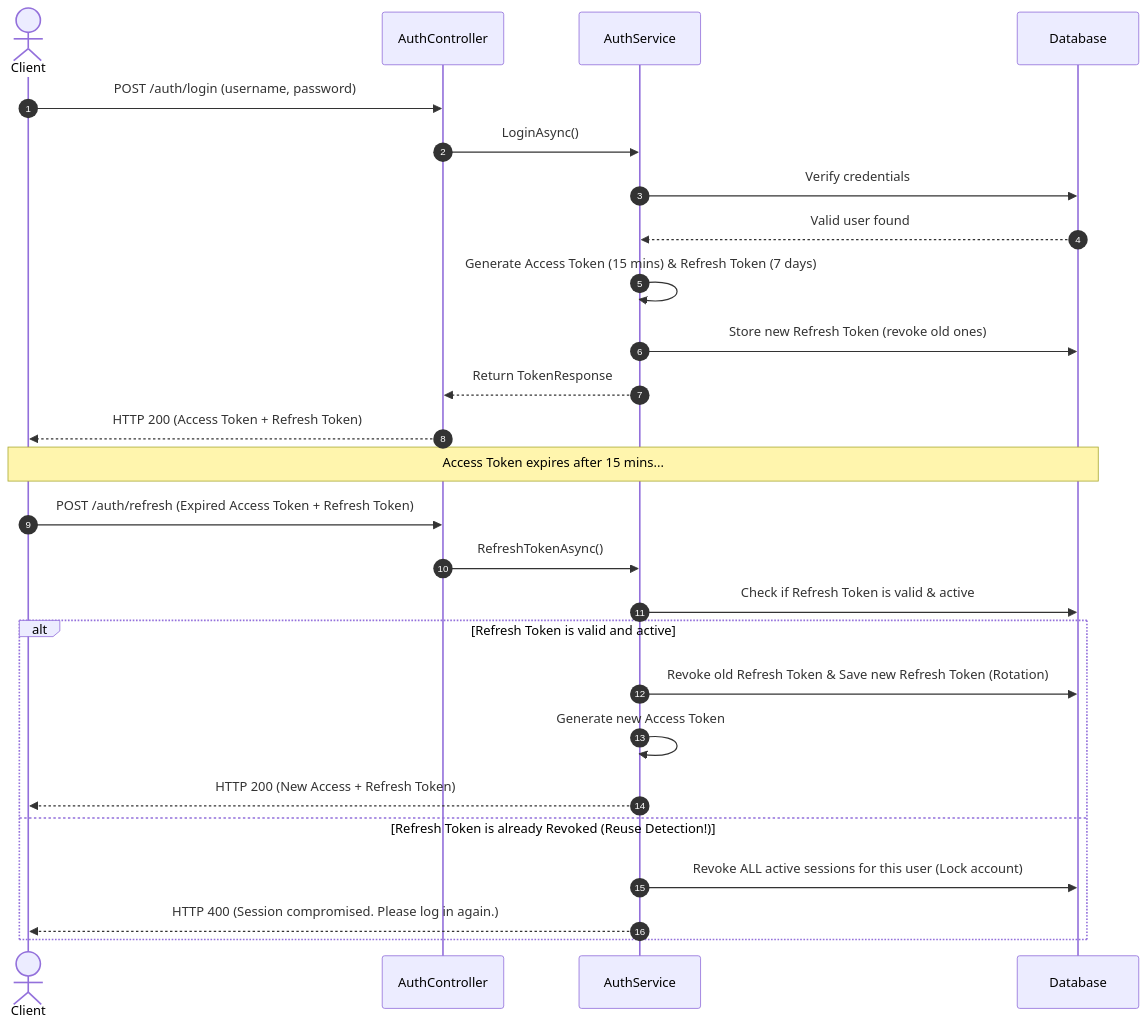
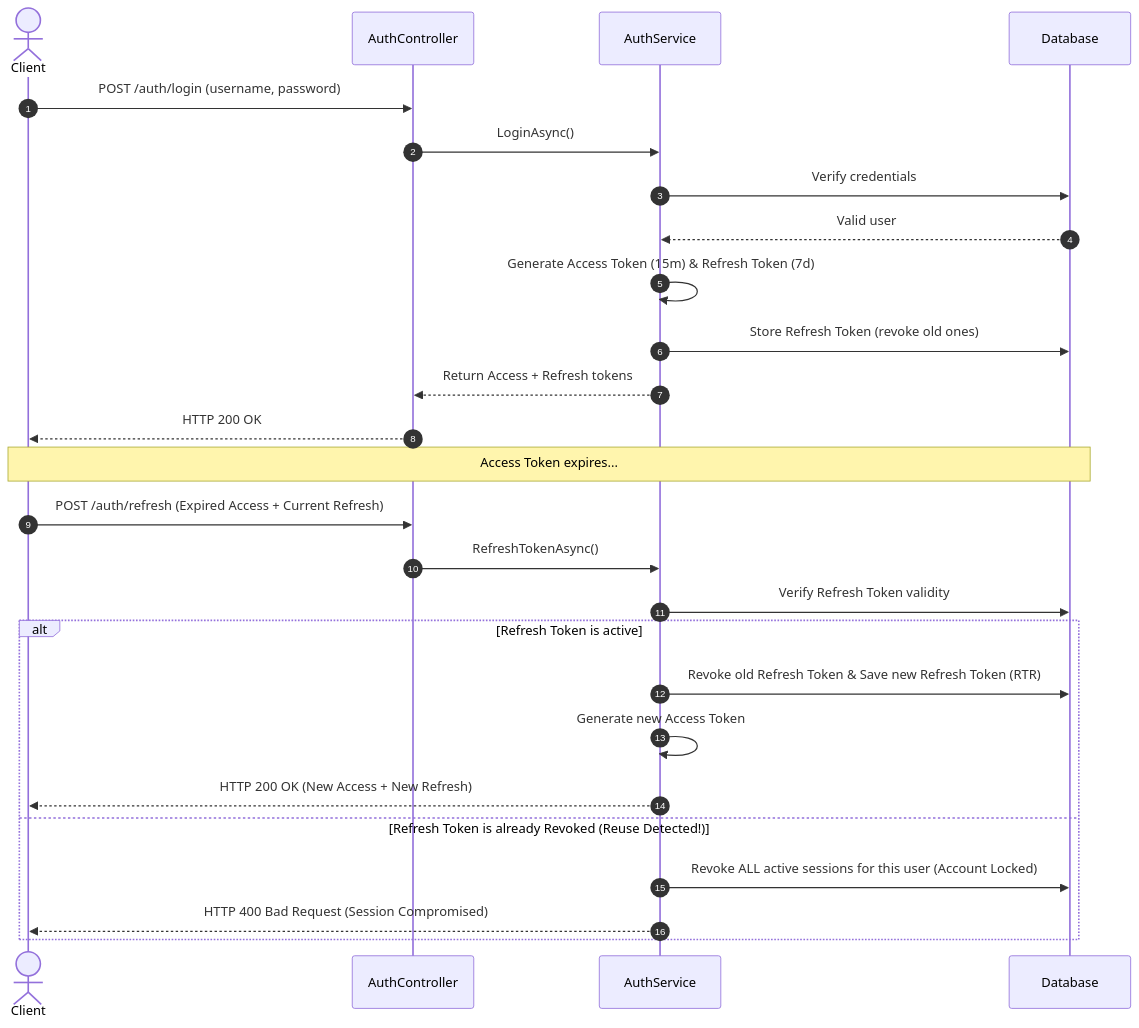
Before and after one commit to sushilkumar9096/ProductManagement: the second of 2 diagrams in README.md, drawn with Mermaid. The commit also changed other lines of this file and 2 other files, not shown here.

````diff
--- a/README.md
+++ b/README.md
@@ -70,32 +236,32 @@
 ```mermaid
 sequenceDiagram
     autonumber
     actor Client
     participant AuthController
     participant AuthService
     participant Database
 
     Client->>AuthController: POST /auth/login (username, password)
     AuthController->>AuthService: LoginAsync()
     AuthService->>Database: Verify credentials
-    Database-->>AuthService: Valid user found
-    AuthService->>AuthService: Generate Access Token (15 mins) & Refresh Token (7 days)
-    AuthService->>Database: Store new Refresh Token (revoke old ones)
-    AuthService-->>AuthController: Return TokenResponse
-    AuthController-->>Client: HTTP 200 (Access Token + Refresh Token)
+    Database-->>AuthService: Valid user
+    AuthService->>AuthService: Generate Access Token (15m) & Refresh Token (7d)
+    AuthService->>Database: Store Refresh Token (revoke old ones)
+    AuthService-->>AuthController: Return Access + Refresh tokens
+    AuthController-->>Client: HTTP 200 OK
 
-    Note over Client, Database: Access Token expires after 15 mins...
+    Note over Client, Database: Access Token expires...
 
-    Client->>AuthController: POST /auth/refresh (Expired Access Token + Refresh Token)
+    Client->>AuthController: POST /auth/refresh (Expired Access + Current Refresh)
     AuthController->>AuthService: RefreshTokenAsync()
-    AuthService->>Database: Check if Refresh Token is valid & active
+    AuthService->>Database: Verify Refresh Token validity
     
-    alt Refresh Token is valid and active
-        AuthService->>Database: Revoke old Refresh Token & Save new Refresh Token (Rotation)
+    alt Refresh Token is active
+        AuthService->>Database: Revoke old Refresh Token & Save new Refresh Token (RTR)
         AuthService->>AuthService: Generate new Access Token
-        AuthService-->>Client: HTTP 200 (New Access + Refresh Token)
-    else Refresh Token is already Revoked (Reuse Detection!)
-        AuthService->>Database: Revoke ALL active sessions for this user (Lock account)
-        AuthService-->>Client: HTTP 400 (Session compromised. Please log in again.)
+        AuthService-->>Client: HTTP 200 OK (New Access + New Refresh)
+    else Refresh Token is already Revoked (Reuse Detected!)
+        AuthService->>Database: Revoke ALL active sessions for this user (Account Locked)
+        AuthService-->>Client: HTTP 400 Bad Request (Session Compromised)
     end
 ```
````
